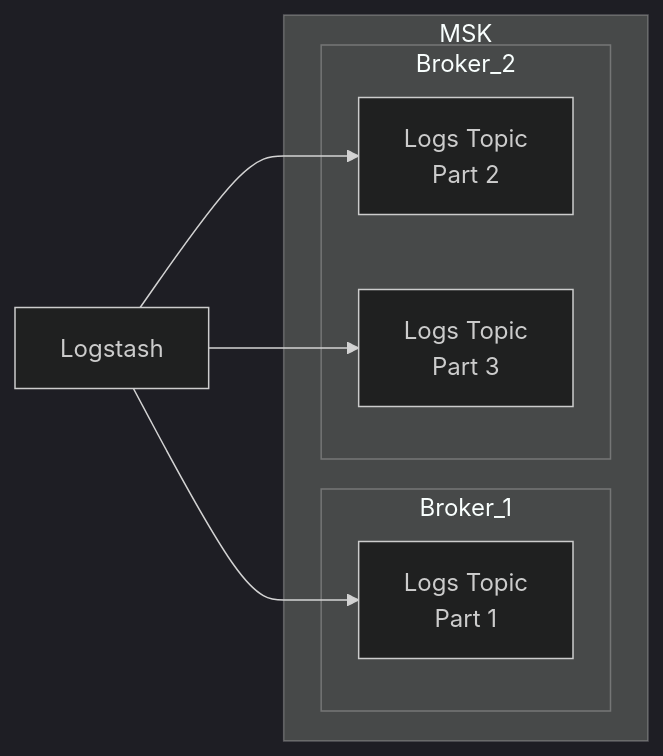
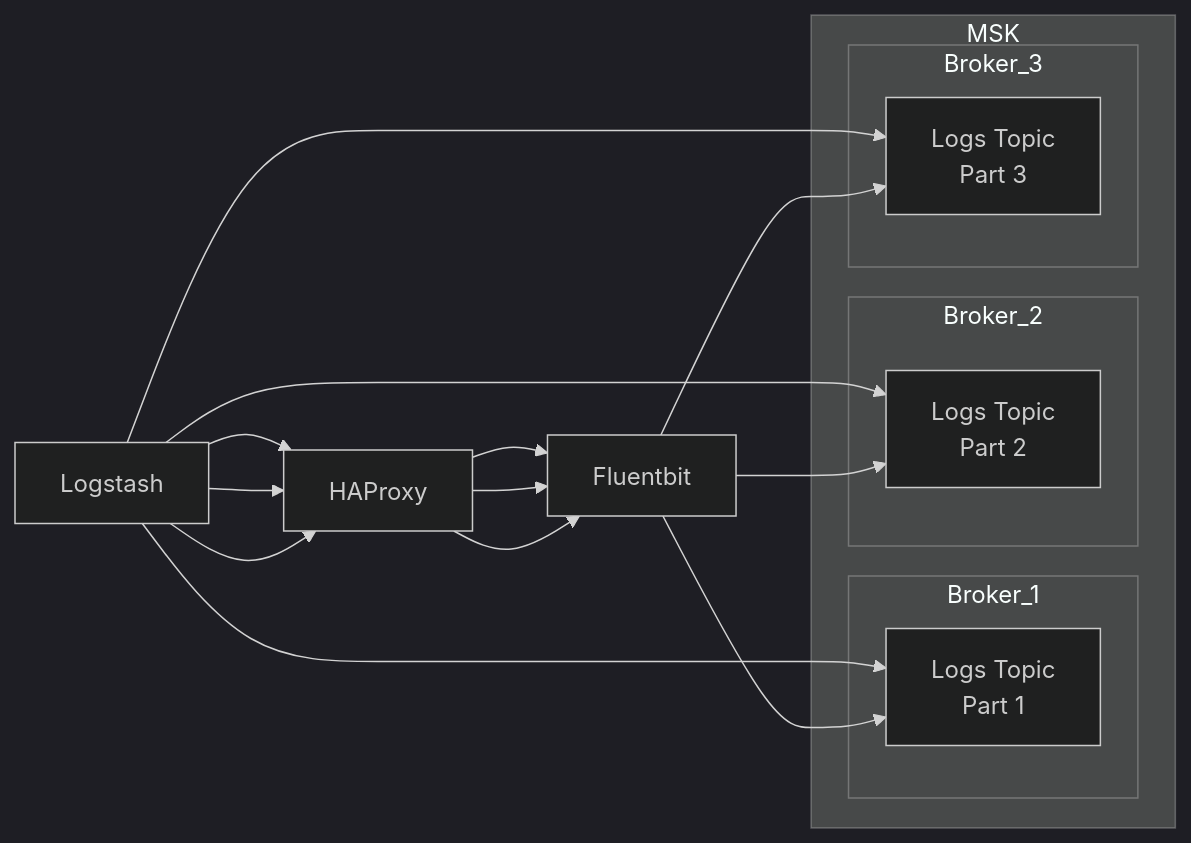
Before and after one commit to Saskia-MDTP/can-hedgehogs-fly: the second of 2 diagrams in README.md, drawn with Mermaid (dark theme).

````diff
--- a/README.md
+++ b/README.md
@@ -15,17 +15,20 @@
 ```mermaid
   graph LR;
       subgraph MSK
           subgraph Broker_1
               P1[Logs Topic<br/>Part 1];
            end
           subgraph Broker_2
               P2[Logs Topic<br/>Part 2];
            end
-          subgraph Broker_2
+          subgraph Broker_3
               P3[Logs Topic<br/>Part 3];
            end
        end
        Logstash-->P1;
        Logstash-->P2;
        Logstash-->P3;
+       Logstash-->HAProxy-->Fluentbit-->P1;
+       Logstash-->HAProxy-->Fluentbit-->P2;
+       Logstash-->HAProxy-->Fluentbit-->P3;
 ```
````
